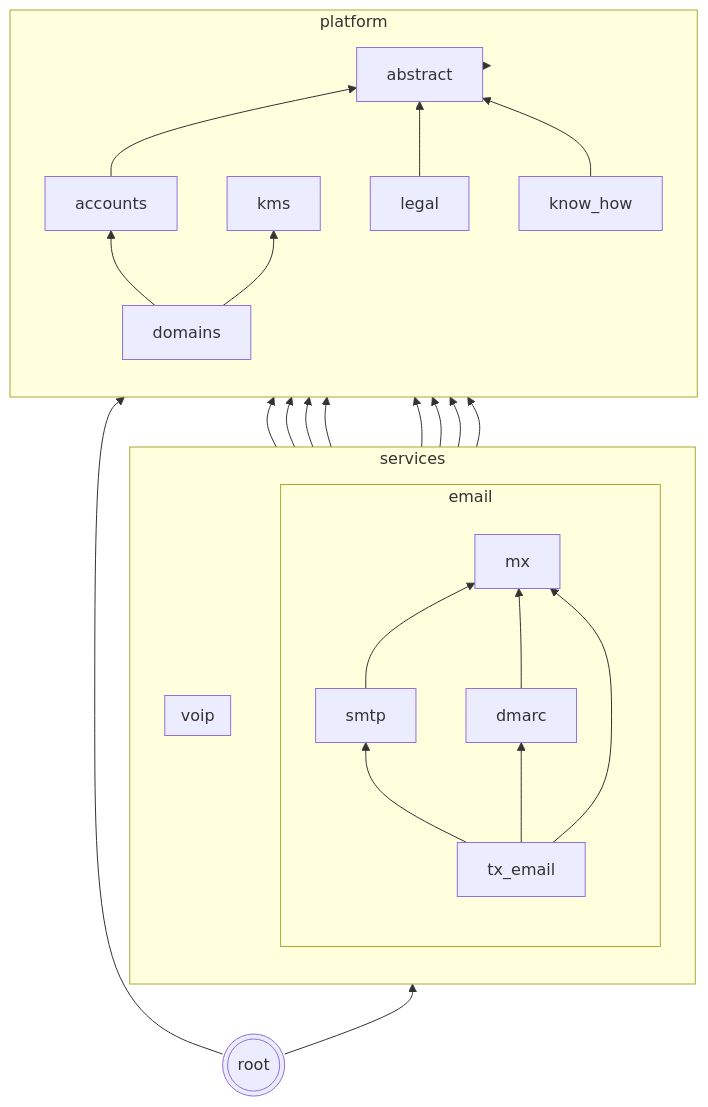
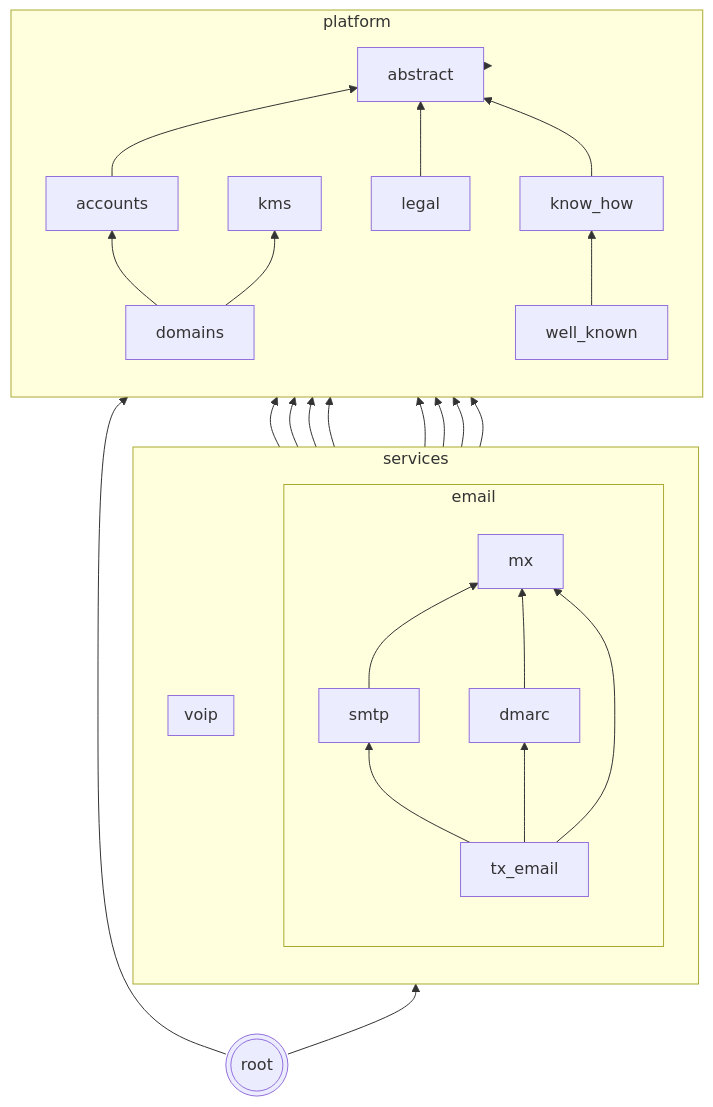
One commit to codingjoe/relay changed the diagram in README.md. Above: the diagram before and after it, drawn with Mermaid. The commit also changed 13 other files, not shown here.

First line of the commit message:
Move well-known endpoints to new well_known app per review

````diff
--- a/README.md
+++ b/README.md
@@ -131,47 +131,49 @@
 ```mermaid
 graph BT
  abstract[abstract];
  kms[kms];
  subgraph platform
  direction BT
  accounts
  domains
  know_how[know_how]
  legal
+ well_known[well_known]
  domains --> accounts
  accounts --> abstract
  domains --> kms
  legal --> abstract
  know_how --> abstract
+ well_known --> know_how
  end
  subgraph services
  direction BT
  subgraph email
  direction BT
  tx_email[tx_email]
  smtp
  mx
  dmarc
  smtp --> accounts
  smtp --> domains
  smtp --> mx
  mx --> accounts
  mx --> domains
  mx --> kms
  dmarc --> accounts
  dmarc --> domains
  dmarc --> mx
  tx_email --> smtp
  tx_email --> mx
  tx_email --> dmarc
  end
  subgraph voip
  direction BT
  end
  end
  services --> platform;
  platform --> abstract;
  root --> services;
  root --> platform;
  root(((root)))
 ```
````
